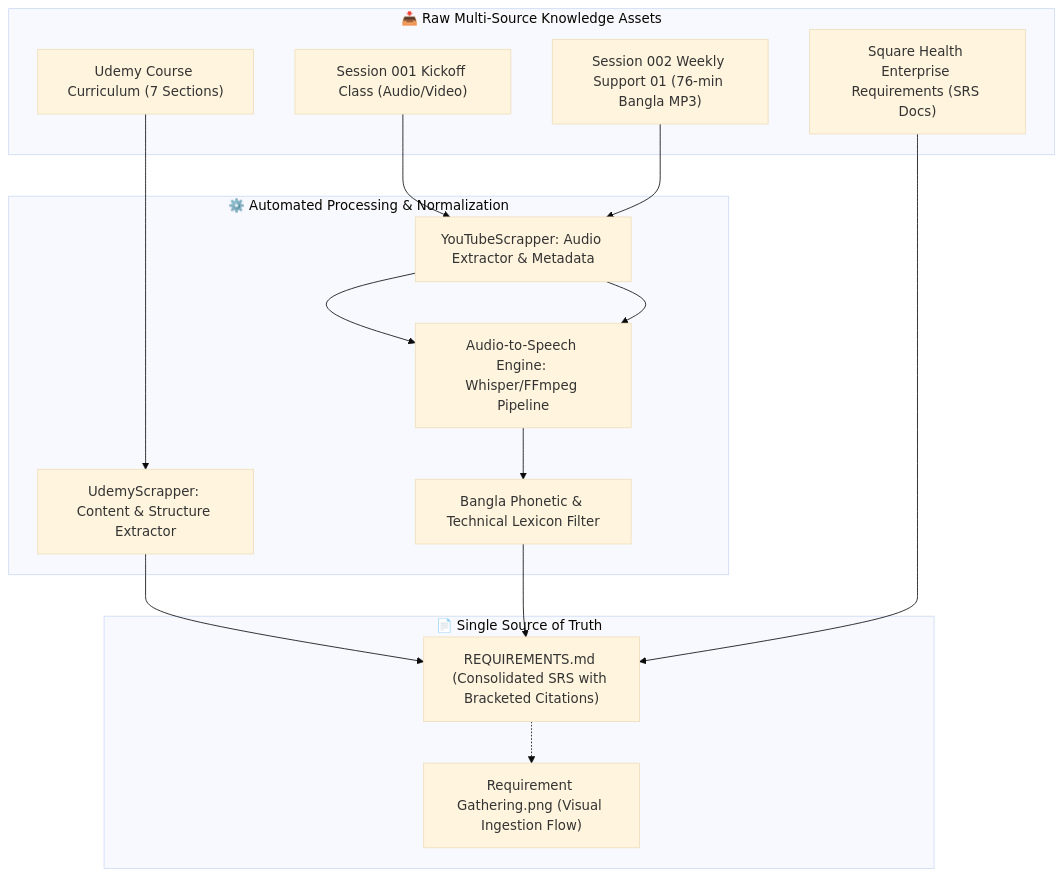
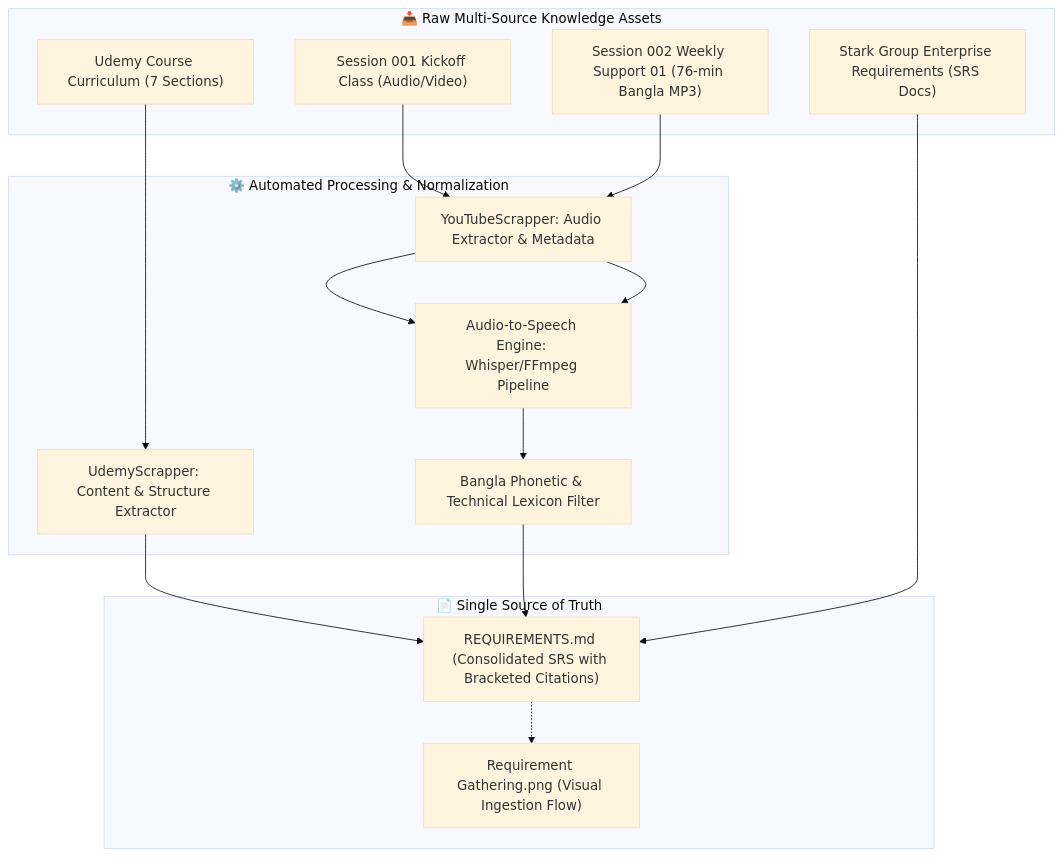
Before and after one commit to AkmKawser/SquareHealth-VMS: the diagram in specifications/STEP_1_REQUIREMENTS_SPECIFICATION.md, drawn with Mermaid (base theme). The commit also changed other lines of this file and 53 other files, not shown here.

Commit message:
refactor: rename project title to StarkGroup-VMS across codebase and documentation

````diff
--- a/specifications/STEP_1_REQUIREMENTS_SPECIFICATION.md
+++ b/specifications/STEP_1_REQUIREMENTS_SPECIFICATION.md
@@ -22,27 +22,27 @@
 ```mermaid
 flowchart TD
     subgraph Sources["📥 Raw Multi-Source Knowledge Assets"]
         S1["Udemy Course Curriculum (7 Sections)"]
         S2["Session 001 Kickoff Class (Audio/Video)"]
         S3["Session 002 Weekly Support 01 (76-min Bangla MP3)"]
-        S4["Square Health Enterprise Requirements (SRS Docs)"]
+        S4["Stark Group Enterprise Requirements (SRS Docs)"]
     end
 
     subgraph Processing["⚙️ Automated Processing & Normalization"]
         P1["UdemyScrapper: Content & Structure Extractor"]
         P2["YouTubeScrapper: Audio Extractor & Metadata"]
         P3["Audio-to-Speech Engine: Whisper/FFmpeg Pipeline"]
         P4["Bangla Phonetic & Technical Lexicon Filter"]
     end
 
     subgraph Output["📄 Single Source of Truth"]
         R1["REQUIREMENTS.md (Consolidated SRS with Bracketed Citations)"]
         R2["Requirement Gathering.png (Visual Ingestion Flow)"]
     end
 
     S1 --> P1 --> R1
     S2 --> P2 --> P3
     S3 --> P2 --> P3 --> P4 --> R1
     S4 --> R1
     R1 -.-> R2
 ```
````
